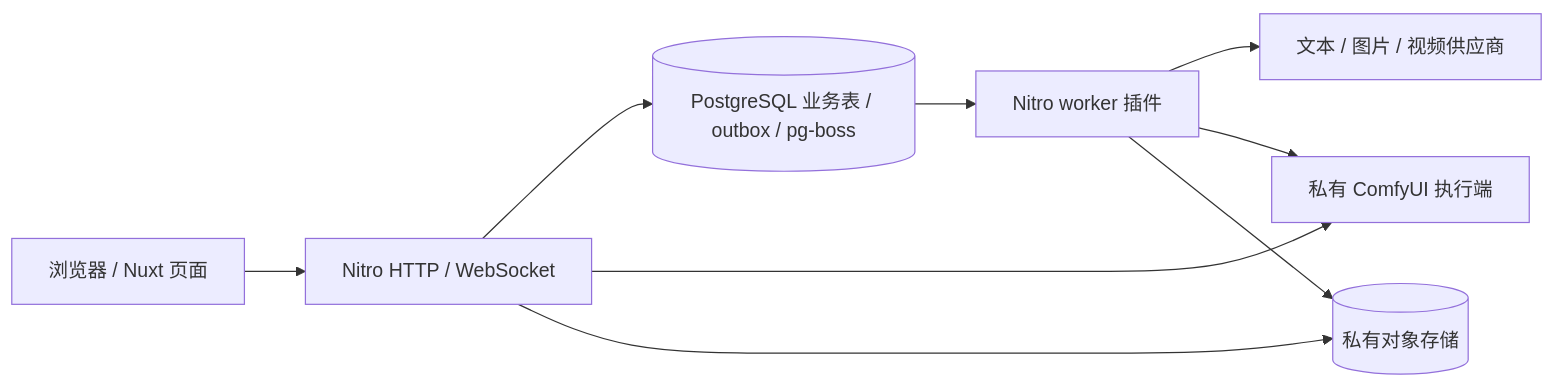
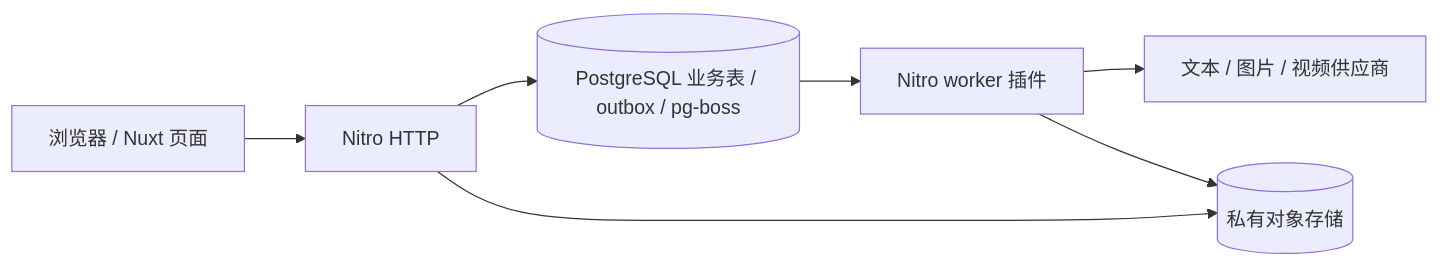
Before and after one commit to baizhi958216/huezumi: the diagram in DESIGN.md, drawn with Mermaid. The commit also changed other lines of this file and 148 other files, not shown here.

````diff
--- a/DESIGN.md
+++ b/DESIGN.md
@@ -13,11 +13,9 @@
 ```mermaid
 flowchart LR
-  Browser[浏览器 / Nuxt 页面] --> Web[Nitro HTTP / WebSocket]
+  Browser[浏览器 / Nuxt 页面] --> Web[Nitro HTTP]
   Web --> DB[(PostgreSQL 业务表 / outbox / pg-boss)]
   DB --> Worker[Nitro worker 插件]
   Worker --> Providers[文本 / 图片 / 视频供应商]
-  Web --> Comfy[私有 ComfyUI 执行端]
-  Worker --> Comfy
   Web --> Store[(私有对象存储)]
   Worker --> Store
 ```
````
